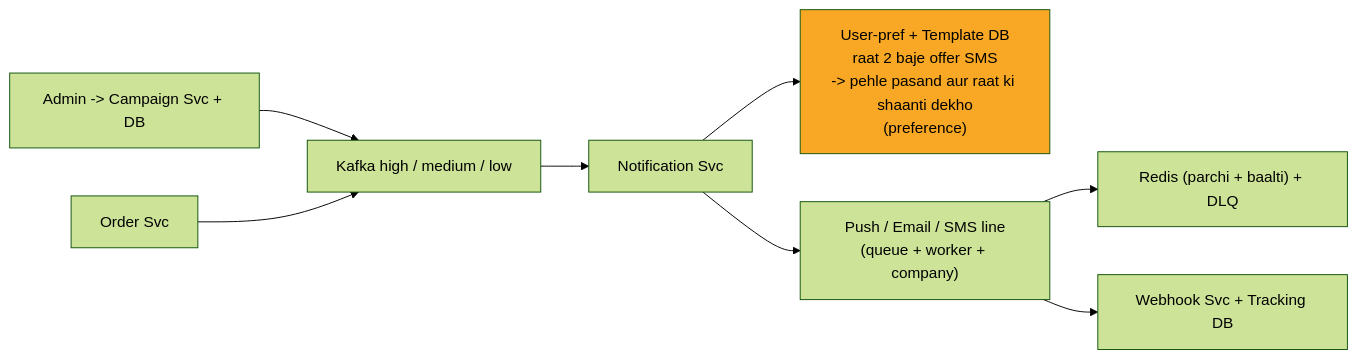
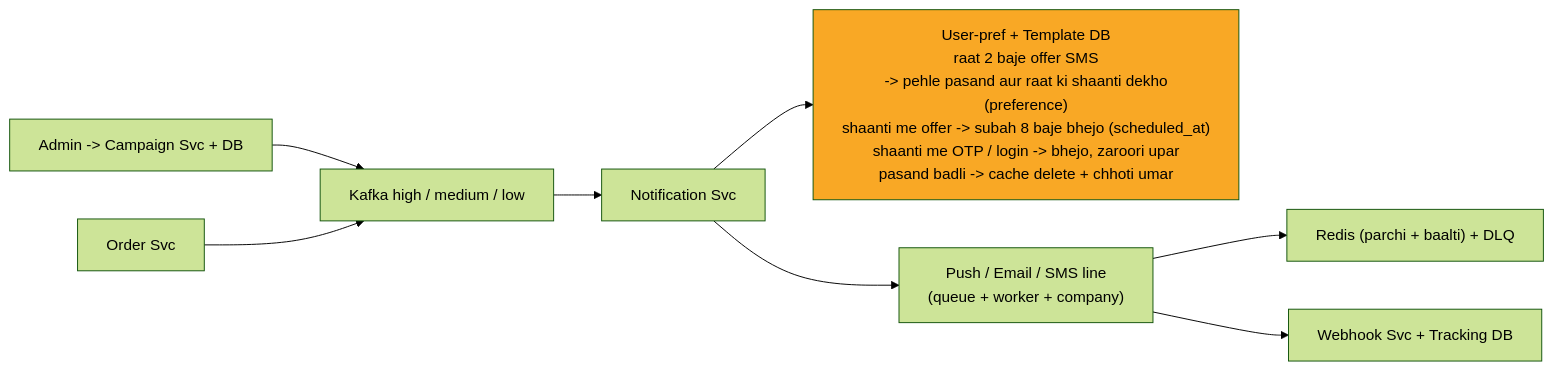
Before and after one commit to ArpanMaheshwari144/Prep: diagram 12 of 13 in 04_HLD/SYSTEM_DESIGNS/04_notification_system/04_notification_system.md, drawn with Mermaid (forest theme). The commit also changed other lines of this file and 12 other files, not shown here.

Commit message:
hld 02-14: peele dabbe me SAFAR ke mod + diagram chauda (wrappingWidth 450)

````diff
--- a/04_HLD/SYSTEM_DESIGNS/04_notification_system/04_notification_system.md
+++ b/04_HLD/SYSTEM_DESIGNS/04_notification_system/04_notification_system.md
@@ -471,19 +482,20 @@
 ```mermaid
+%%{init: {"flowchart": {"wrappingWidth": 450}}}%%
 flowchart LR
     n_CAMP["Admin -> Campaign Svc + DB"]
     n_Order_Svc["Order Svc"]
     n_Kafka["Kafka high / medium / low"]
     n_Notification_Svc["Notification Svc"]
-    n_PREF["User-pref + Template DB<br/>raat 2 baje offer SMS<br/>-> pehle pasand aur raat ki shaanti dekho<br/>(preference)"]
+    n_PREF["User-pref + Template DB<br/>raat 2 baje offer SMS<br/>-> pehle pasand aur raat ki shaanti dekho<br/>(preference)<br/>shaanti me offer -> subah 8 baje bhejo (scheduled_at)<br/>shaanti me OTP / login -> bhejo, zaroori upar<br/>pasand badli -> cache delete + chhoti umar"]
     n_LINES["Push / Email / SMS line<br/>(queue + worker + company)"]
     n_RDLQ["Redis (parchi + baalti) + DLQ"]
     n_WH["Webhook Svc + Tracking DB"]
     n_CAMP --> n_Kafka
     n_Order_Svc --> n_Kafka
     n_Kafka --> n_Notification_Svc
     n_Notification_Svc --> n_PREF
     n_Notification_Svc --> n_LINES
     n_LINES --> n_RDLQ
     n_LINES --> n_WH
     style n_PREF fill:#f9a825,color:#000
 ```
````
